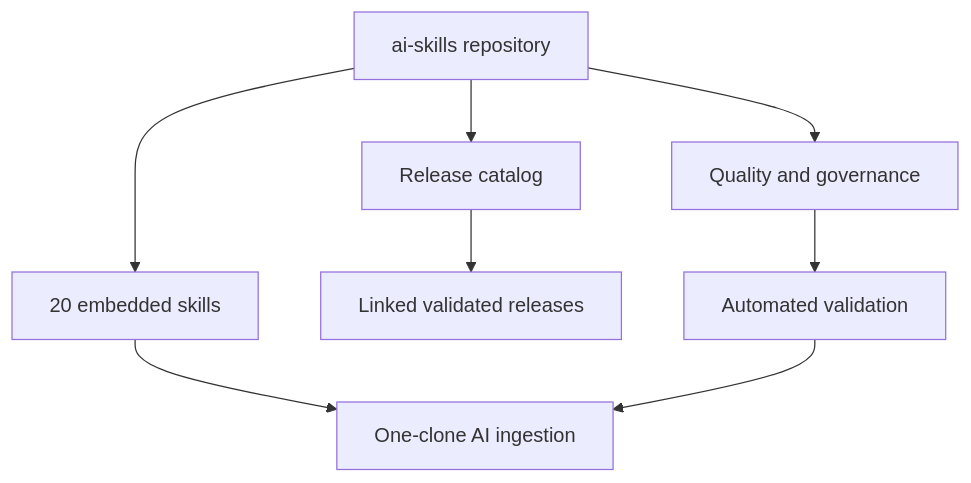
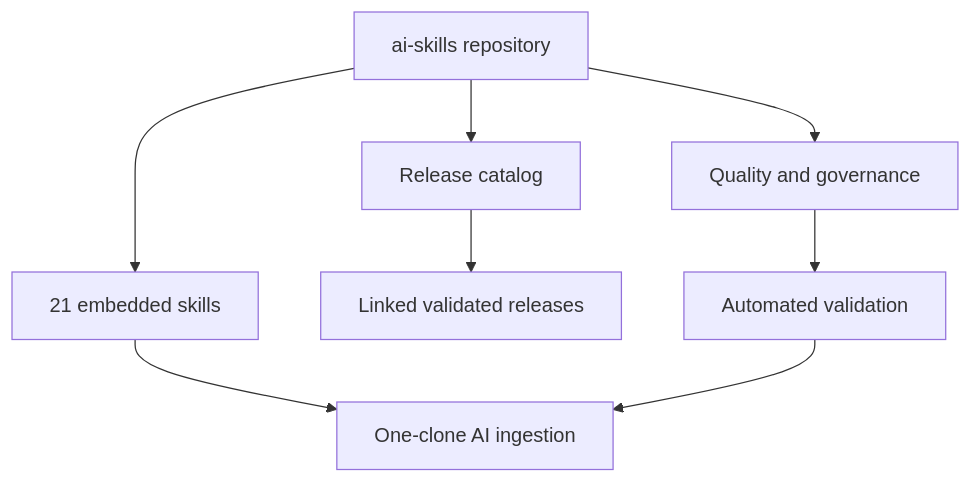
The second of 2 diagrams in README.md (swl126/ai-skills), drawn with Mermaid before and after one commit. The commit also changed other lines of this file and 30 other files, not shown here.

````diff
--- a/README.md
+++ b/README.md
@@ -198,10 +204,10 @@
 ```mermaid
 flowchart TD
-    H["ai-skills repository"] --> E["20 embedded skills"]
+    H["ai-skills repository"] --> E["21 embedded skills"]
     H --> C["Release catalog"]
     H --> Q["Quality and governance"]
     E --> A["One-clone AI ingestion"]
     C --> L["Linked validated releases"]
     Q --> CI["Automated validation"]
     CI --> A
 ```
````
